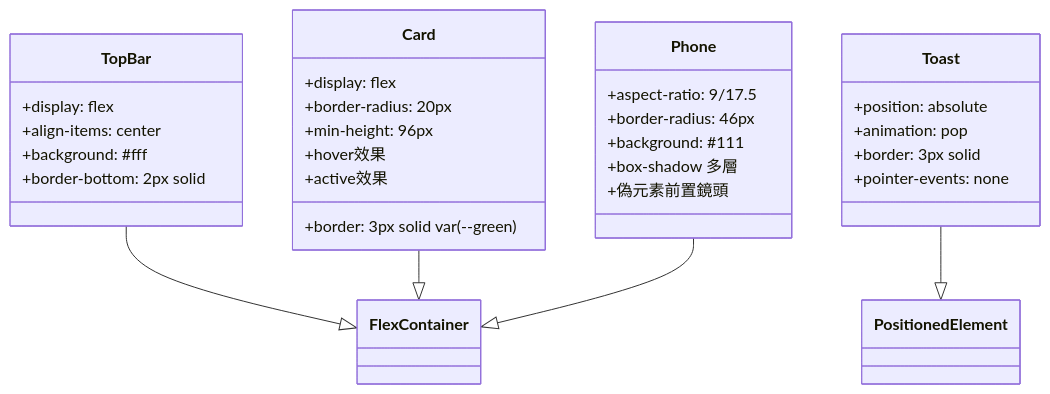
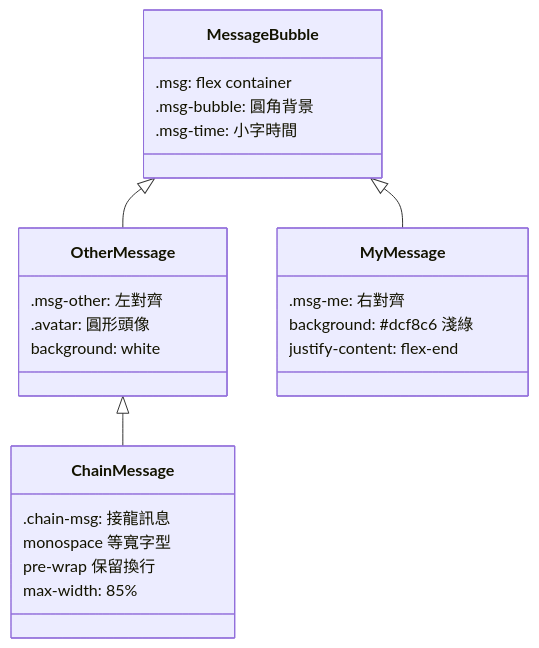
One commit to cuteman0725/phone-practice changed diagram 14 of 19 in style.md. Above: the diagram before and after it, drawn with Mermaid. The commit also changed other lines of this file and 8 other files, not shown here.

````diff
--- a/style.md
+++ b/style.md
@@ -82,38 +288,31 @@
 ```mermaid
 classDiagram
-    class TopBar {
-        +display: flex
-        +align-items: center
-        +background: #fff
-        +border-bottom: 2px solid
+    class MessageBubble {
+        .msg: flex container
+        .msg-bubble: 圓角背景
+        .msg-time: 小字時間
     }
     
-    class Card {
-        +display: flex
-        +border: 3px solid var(--green)
-        +border-radius: 20px
-        +min-height: 96px
-        +hover效果
-        +active效果
+    class OtherMessage {
+        .msg-other: 左對齊
+        .avatar: 圓形頭像
+        background: white
     }
     
-    class Phone {
-        +aspect-ratio: 9/17.5
-        +border-radius: 46px
-        +background: #111
-        +box-shadow 多層
-        +偽元素前置鏡頭
+    class MyMessage {
+        .msg-me: 右對齊
+        background: #dcf8c6 淺綠
+        justify-content: flex-end
     }
     
-    class Toast {
-        +position: absolute
-        +animation: pop
-        +border: 3px solid
-        +pointer-events: none
+    class ChainMessage {
+        .chain-msg: 接龍訊息
+        monospace 等寬字型
+        pre-wrap 保留換行
+        max-width: 85%
     }
     
-    TopBar --|> FlexContainer
-    Card --|> FlexContainer
-    Phone --|> FlexContainer
-    Toast --|> PositionedElement
+    MessageBubble <|-- OtherMessage
+    MessageBubble <|-- MyMessage
+    OtherMessage <|-- ChainMessage
 ```
````
